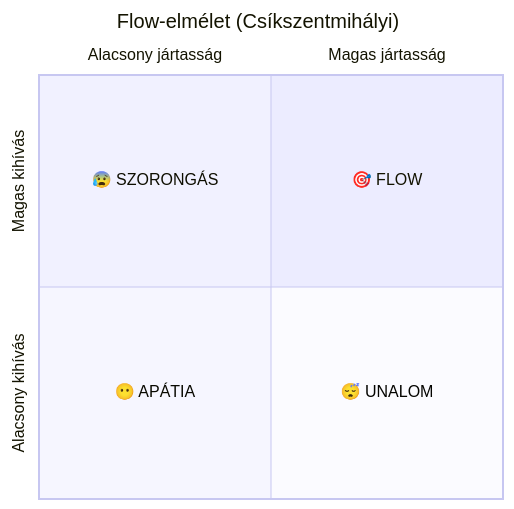
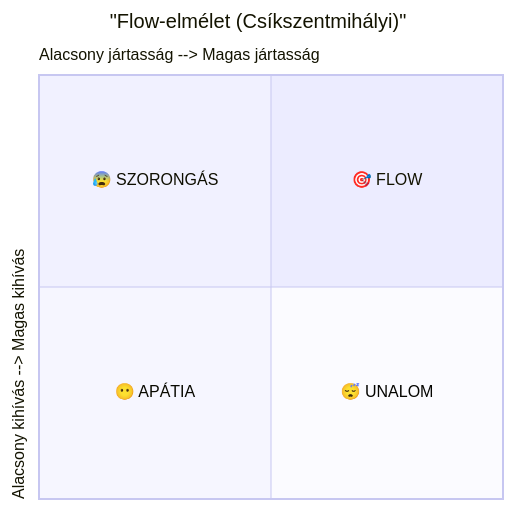
One commit to denespocsik/MM_BSC_Zarovizsga changed the third of 3 diagrams in Tételek/K06-GMXMD1MBLF-Motivációs elméletek.tétel.md. Above: the diagram before and after it, drawn with Mermaid.

Commit message:
Update K06-GMXMD1MBLF-Motivációs elméletek.tétel.md

````diff
--- a/Tételek/K06-GMXMD1MBLF-Motivációs elméletek.tétel.md
+++ b/Tételek/K06-GMXMD1MBLF-Motivációs elméletek.tétel.md
@@ -116,10 +116,10 @@
 ```mermaid
 quadrantChart
-    title Flow-elmélet (Csíkszentmihályi)
-    x-axis Alacsony jártasság --> Magas jártasság
-    y-axis Alacsony kihívás --> Magas kihívás
-    quadrant-1 🎯 FLOW
-    quadrant-2 😰 SZORONGÁS
-    quadrant-3 😶 APÁTIA
-    quadrant-4 😴 UNALOM
+    title "Flow-elmélet (Csíkszentmihályi)"
+    x-axis "Alacsony jártasság --> Magas jártasság"
+    y-axis "Alacsony kihívás --> Magas kihívás"
+    quadrant-1 "🎯 FLOW"
+    quadrant-2 "😰 SZORONGÁS"
+    quadrant-3 "😶 APÁTIA"
+    quadrant-4 "😴 UNALOM"
 ```
````
